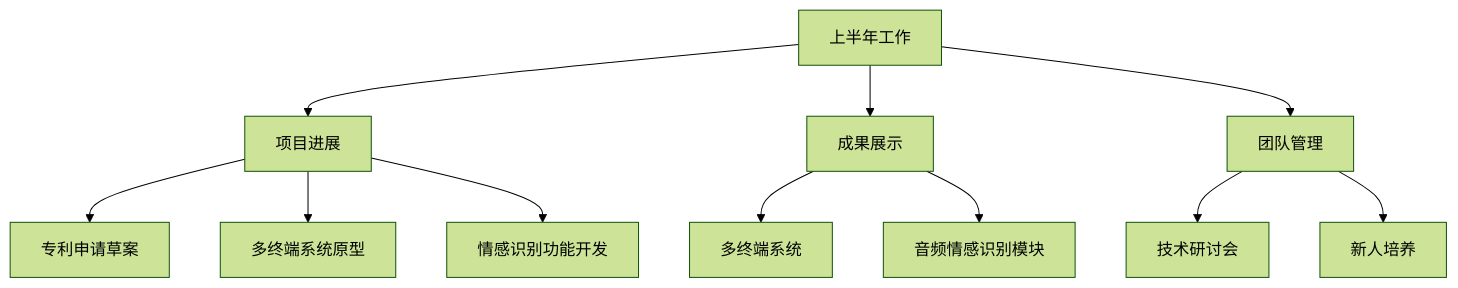
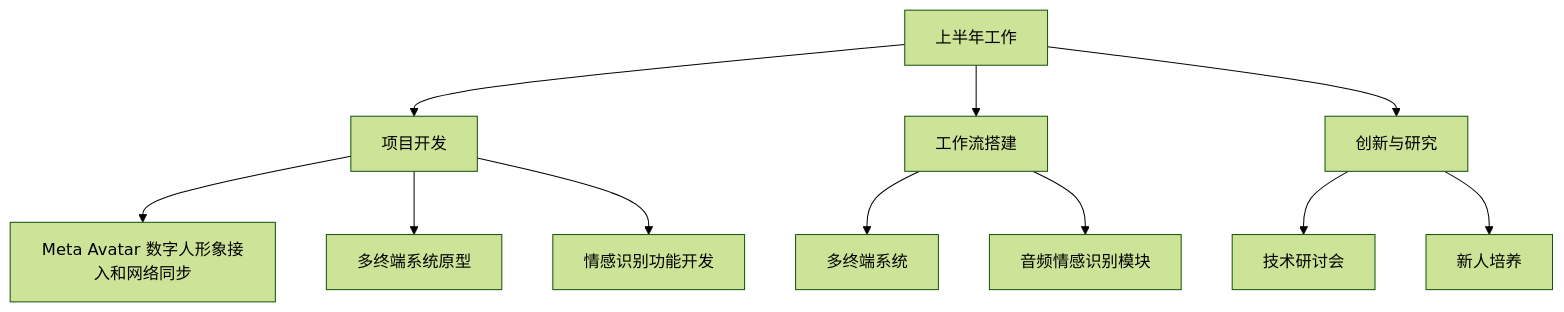
The first of 4 diagrams in README.md (kamisaer/Who-am-I), drawn with Mermaid (forest theme) before and after one commit. The commit also changed other lines of this file, not shown here.

````diff
--- a/README.md
+++ b/README.md
@@ -3,13 +14,13 @@
 ```mermaid 
 flowchart TD
-    A[上半年工作] --> B[项目进展]
-    B --> B1[专利申请草案]
+    A[上半年工作] --> B[项目开发]
+    B --> B1[Meta Avatar 数字人形象接入和网络同步]
     B --> B2[多终端系统原型]
     B --> B3[情感识别功能开发]
-    A --> C[成果展示]
+    A --> C[工作流搭建]
     C --> C1[多终端系统]
     C --> C2[音频情感识别模块]
-    A --> D[团队管理]
+    A --> D[创新与研究]
     D --> D1[技术研讨会]
     D --> D2[新人培养]
 ```
````
